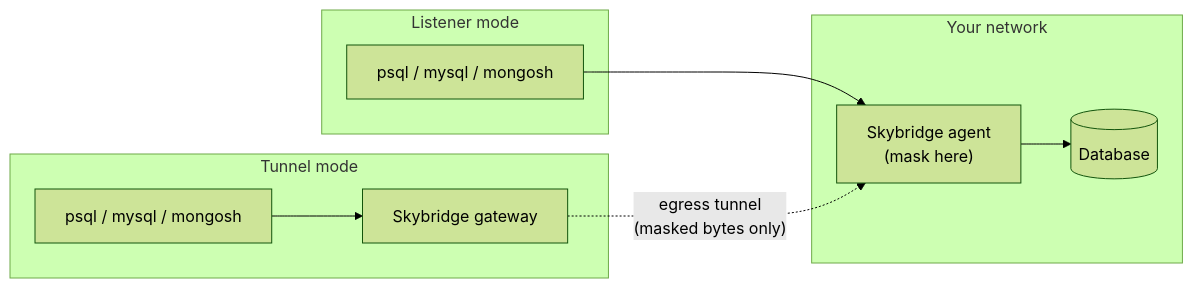
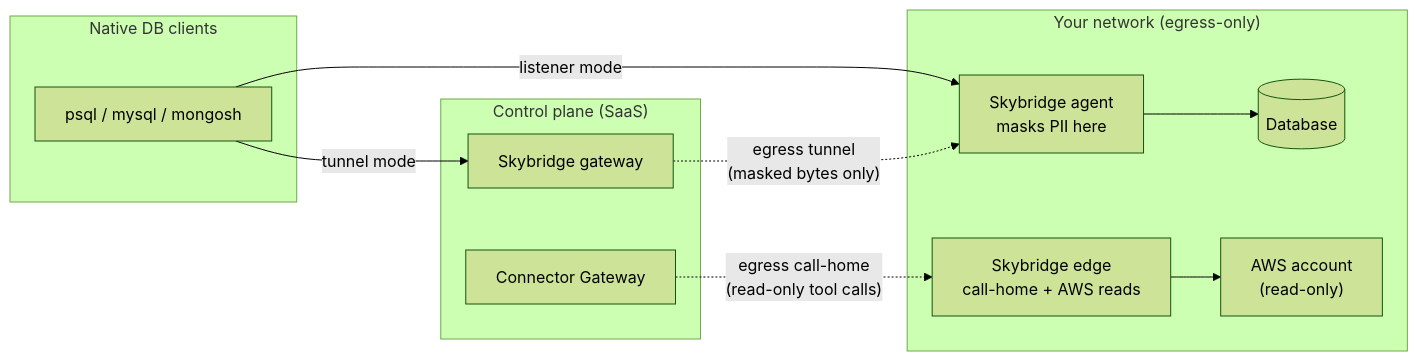
The diagram in README.md (curlix-io/skybridge), drawn with Mermaid (forest theme) before and after one commit. The commit also changed other lines of this file, not shown here.

Commit message:
docs: show skybridge-edge call-home + AWS reads in How it works

````diff
--- a/README.md
+++ b/README.md
@@ -15,20 +15,25 @@
 ```mermaid
 flowchart LR
-    subgraph net["Your network"]
-        agent["Skybridge agent<br/>(mask here)"]
-        db[(Database)]
-        agent --> db
+    subgraph clients["Native DB clients"]
+        c1["psql / mysql / mongosh"]
     end
 
-    subgraph listener["Listener mode"]
-        c1["psql / mysql / mongosh"]
+    subgraph net["Your network (egress-only)"]
+        agent["Skybridge agent<br/>masks PII here"]
+        edge["Skybridge edge<br/>call-home + AWS reads"]
+        db[(Database)]
+        aws["AWS account<br/>(read-only)"]
+        agent --> db
+        edge --> aws
     end
-    c1 --> agent
 
-    subgraph tunnel["Tunnel mode"]
-        c2["psql / mysql / mongosh"]
+    subgraph saas["Control plane (SaaS)"]
         gw["Skybridge gateway"]
-        c2 --> gw
+        cg["Connector Gateway"]
     end
+
+    c1 -->|"listener mode"| agent
+    c1 -->|"tunnel mode"| gw
     gw -. "egress tunnel<br/>(masked bytes only)" .-> agent
+    cg -. "egress call-home<br/>(read-only tool calls)" .-> edge
 ```
````
